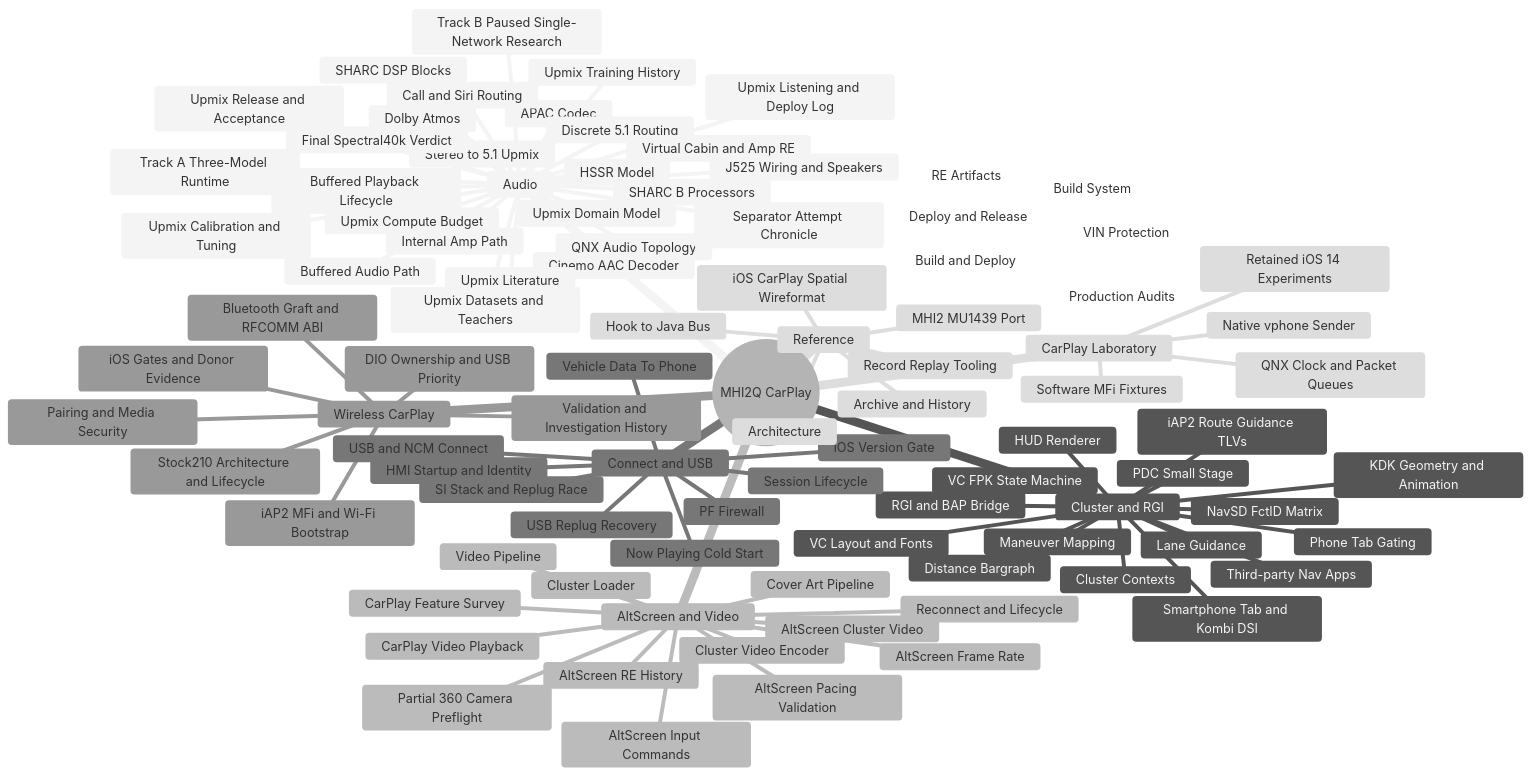
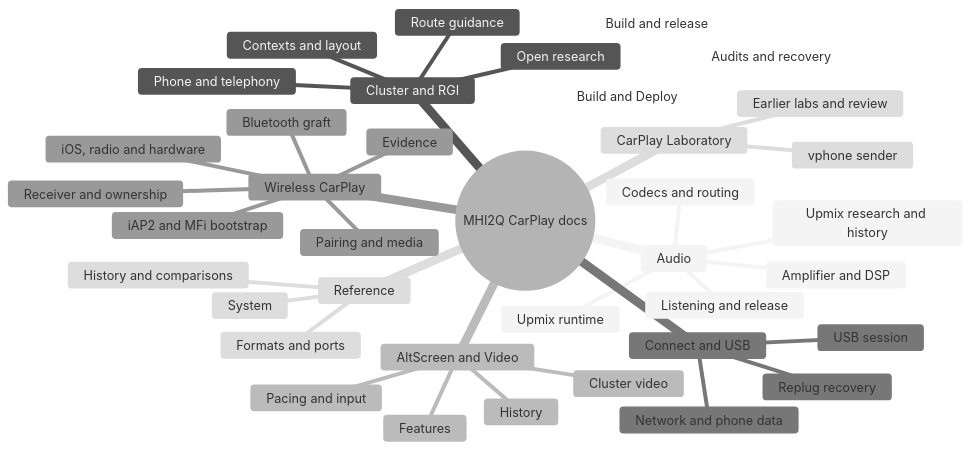
The first of 2 diagrams in docs/README.md (luka-dev/mib2q-carplay-rgi), drawn with Mermaid (neutral theme) before and after one commit. The commit also changed other lines of this file and 5 other files, not shown here.

Commit message:
docs: add generated documentation map, compact domain mindmaps and cover-art worker details

````diff
--- a/docs/README.md
+++ b/docs/README.md
@@ -68,98 +69,41 @@
 ```mermaid
 mindmap
-  root((MHI2Q CarPlay))
+  root((MHI2Q CarPlay docs))
     Audio
-      APAC Codec
-      Buffered Audio Path
-      Buffered Playback Lifecycle
-      Call and Siri Routing
-      Cinemo AAC Decoder
-      Discrete 5.1 Routing
-      Dolby Atmos
-      HSSR Model
-      Internal Amp Path
-      J525 Wiring and Speakers
-      QNX Audio Topology
-      SHARC B Processors
-      SHARC DSP Blocks
-      Stereo to 5.1 Upmix
-      Upmix Calibration and Tuning
-      Upmix Compute Budget
-      Upmix Datasets and Teachers
-      Upmix Listening and Deploy Log
-      Upmix Literature
-      Upmix Release and Acceptance
-      Upmix Training History
-      Upmix Domain Model
-      Track A Three-Model Runtime
-      Track B Paused Single-Network Research
-      Separator Attempt Chronicle
-      Final Spectral40k Verdict
-      Virtual Cabin and Amp RE
+      Upmix runtime
+      Upmix research and history
+      Listening and release
+      Amplifier and DSP
+      Codecs and routing
     Cluster and RGI
-      Cluster Contexts
-      Distance Bargraph
-      HUD Renderer
-      iAP2 Route Guidance TLVs
-      KDK Geometry and Animation
-      Lane Guidance
-      Maneuver Mapping
-      NavSD FctID Matrix
-      PDC Small Stage
-      Phone Tab Gating
-      RGI and BAP Bridge
-      Smartphone Tab and Kombi DSI
-      Third-party Nav Apps
-      VC FPK State Machine
-      VC Layout and Fonts
+      Contexts and layout
+      Route guidance
+      Phone and telephony
+      Open research
     AltScreen and Video
-      AltScreen Cluster Video
-      AltScreen Frame Rate
-      AltScreen Input Commands
-      AltScreen Pacing Validation
-      AltScreen RE History
-      CarPlay Feature Survey
-      CarPlay Video Playback
-      Cluster Loader
-      Cluster Video Encoder
-      Cover Art Pipeline
-      Partial 360 Camera Preflight
-      Reconnect and Lifecycle
-      Video Pipeline
+      Cluster video
+      Pacing and input
+      Features
+      History
     Connect and USB
-      HMI Startup and Identity
-      iOS Version Gate
-      Now Playing Cold Start
-      PF Firewall
-      Session Lifecycle
-      SI Stack and Replug Race
-      USB and NCM Connect
-      USB Replug Recovery
-      Vehicle Data To Phone
+      USB session
+      Replug recovery
+      Network and phone data
     Wireless CarPlay
-      Stock210 Architecture and Lifecycle
-      Bluetooth Graft and RFCOMM ABI
-      iAP2 MFi and Wi-Fi Bootstrap
-      Pairing and Media Security
-      DIO Ownership and USB Priority
-      iOS Gates and Donor Evidence
-      Validation and Investigation History
+      Receiver and ownership
+      Bluetooth graft
+      iAP2 and MFi bootstrap
+      Pairing and media
+      iOS, radio and hardware
+      Evidence
     CarPlay Laboratory
-      Native vphone Sender
-      QNX Clock and Packet Queues
-      Software MFi Fixtures
-      Retained iOS 14 Experiments
+      vphone sender
+      Earlier labs and review
     Build and Deploy
-      Build System
-      Deploy and Release
-      Production Audits
-      RE Artifacts
-      VIN Protection
+      Build and release
+      Audits and recovery
     Reference
-      Architecture
-      Archive and History
-      Hook to Java Bus
-      iOS CarPlay Spatial Wireformat
-      MHI2 MU1439 Port
-      Record Replay Tooling
+      System
+      Formats and ports
+      History and comparisons
 ```
````
